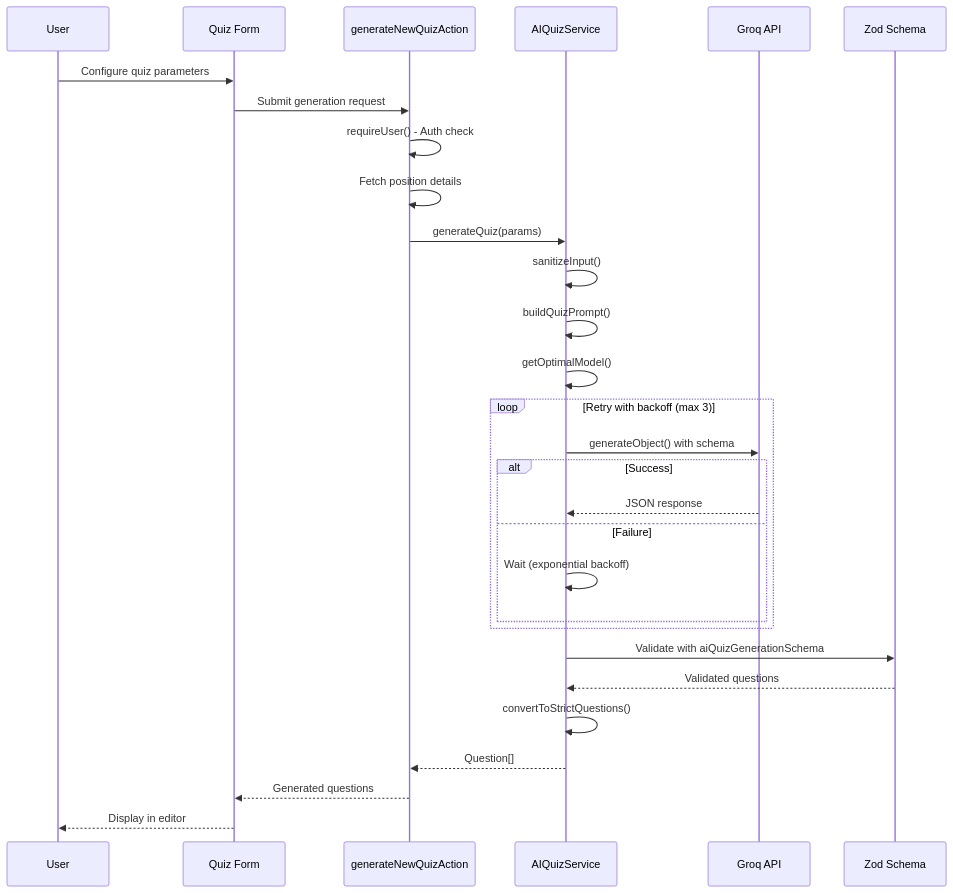
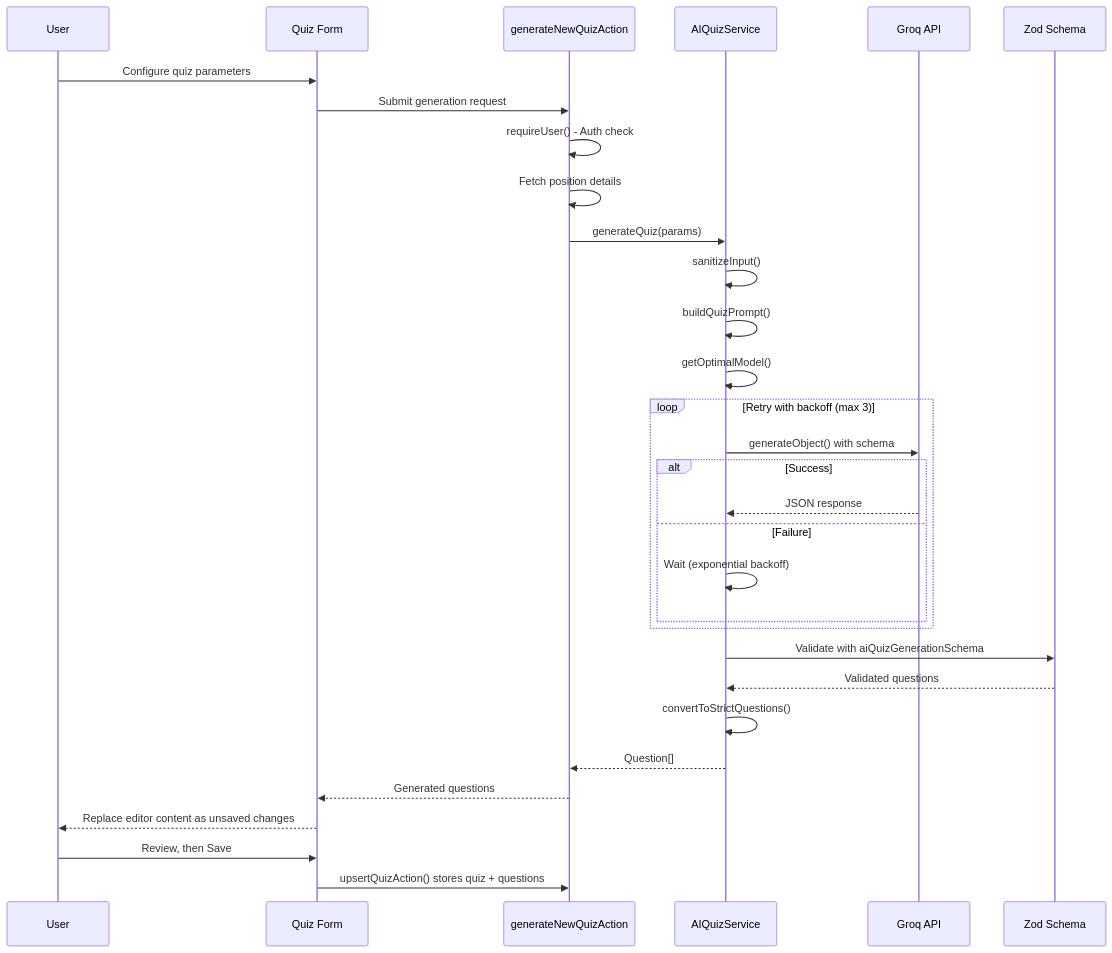
One commit to violabg/dev-recruit changed the second of 8 diagrams in docs/AI_QUIZ_GENERATION.md. Above: the diagram before and after it, drawn with Mermaid. The commit also changed other lines of this file and 117 other files, not shown here.

````diff
--- a/docs/AI_QUIZ_GENERATION.md
+++ b/docs/AI_QUIZ_GENERATION.md
@@ -82,38 +85,40 @@
 ```mermaid
 sequenceDiagram
     participant User
     participant Form as Quiz Form
     participant Action as generateNewQuizAction
     participant Service as AIQuizService
     participant Groq as Groq API
     participant Schema as Zod Schema
 
     User->>Form: Configure quiz parameters
     Form->>Action: Submit generation request
 
     Action->>Action: requireUser() - Auth check
     Action->>Action: Fetch position details
 
     Action->>Service: generateQuiz(params)
     Service->>Service: sanitizeInput()
     Service->>Service: buildQuizPrompt()
     Service->>Service: getOptimalModel()
 
     loop Retry with backoff (max 3)
         Service->>Groq: generateObject() with schema
         alt Success
             Groq-->>Service: JSON response
         else Failure
             Service->>Service: Wait (exponential backoff)
         end
     end
 
     Service->>Schema: Validate with aiQuizGenerationSchema
     Schema-->>Service: Validated questions
 
     Service->>Service: convertToStrictQuestions()
     Service-->>Action: Question[]
 
     Action-->>Form: Generated questions
-    Form-->>User: Display in editor
+    Form-->>User: Replace editor content as unsaved changes
+    User->>Form: Review, then Save
+    Form->>Action: upsertQuizAction() stores quiz + questions
 ```
````
